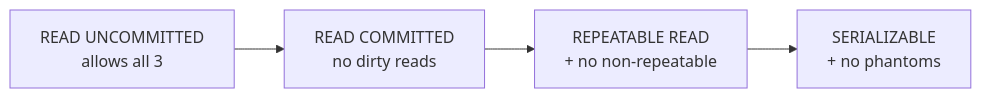
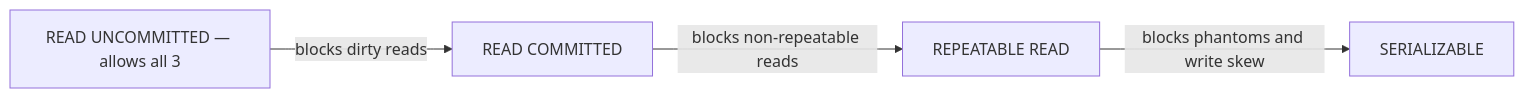
One commit to mohammad-mriesh-job/cortex changed the fourth of 4 diagrams in src/modules/database/content/07-transactions/03-isolation-levels.md. Above: the diagram before and after it, drawn with Mermaid. The commit also changed 257 other files, not shown here.

````diff
--- a/src/modules/database/content/07-transactions/03-isolation-levels.md
+++ b/src/modules/database/content/07-transactions/03-isolation-levels.md
@@ -89,6 +89,6 @@
 ```mermaid
 flowchart LR
-    A["READ UNCOMMITTED<br/>allows all 3"] --> B["READ COMMITTED<br/>no dirty reads"]
-    B --> C["REPEATABLE READ<br/>+ no non-repeatable"]
-    C --> D["SERIALIZABLE<br/>+ no phantoms"]
+    A["READ UNCOMMITTED — allows all 3"] -->|"blocks dirty reads"| B["READ COMMITTED"]
+    B -->|"blocks non-repeatable reads"| C["REPEATABLE READ"]
+    C -->|"blocks phantoms and write skew"| D["SERIALIZABLE"]
 ```
````
